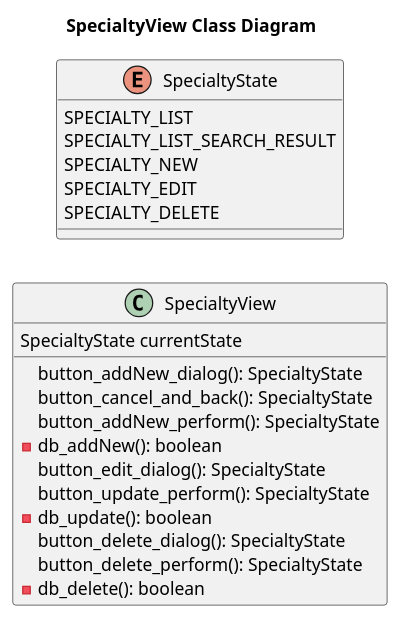
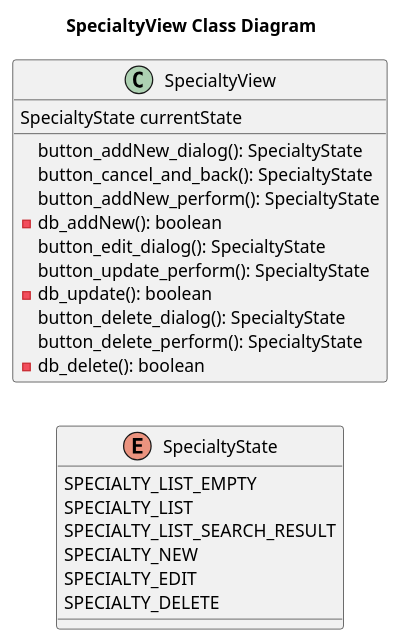
One commit to Jakarta-EE-Petclinic/petclinic-uml changed the diagram in puml/specialty/SpecialtyView__Class.puml. Above: the diagram before and after it, drawn with PlantUML. The commit also changed 3 other files, not shown here.

```diff
--- a/puml/specialty/SpecialtyView__Class.puml
+++ b/puml/specialty/SpecialtyView__Class.puml
@@ -1,31 +1,32 @@
 @startuml
 'https://plantuml.com/class-diagram
 
 title SpecialtyView Class Diagram
 
 left to right direction
 'top to bottom direction
+
+enum SpecialtyState {
+    SPECIALTY_LIST_EMPTY
+    SPECIALTY_LIST
+    SPECIALTY_LIST_SEARCH_RESULT
+    SPECIALTY_NEW
+    SPECIALTY_EDIT
+    SPECIALTY_DELETE
+}
 
 class SpecialtyView {
     SpecialtyState currentState
     button_addNew_dialog(): SpecialtyState
     button_cancel_and_back(): SpecialtyState
     button_addNew_perform(): SpecialtyState
     - db_addNew(): boolean
     button_edit_dialog(): SpecialtyState
     button_update_perform(): SpecialtyState
     - db_update(): boolean
     button_delete_dialog(): SpecialtyState
     button_delete_perform(): SpecialtyState
     - db_delete(): boolean
 }
 
-enum SpecialtyState {
-    SPECIALTY_LIST
-    SPECIALTY_LIST_SEARCH_RESULT
-    SPECIALTY_NEW
-    SPECIALTY_EDIT
-    SPECIALTY_DELETE
-}
-
 @enduml
```
